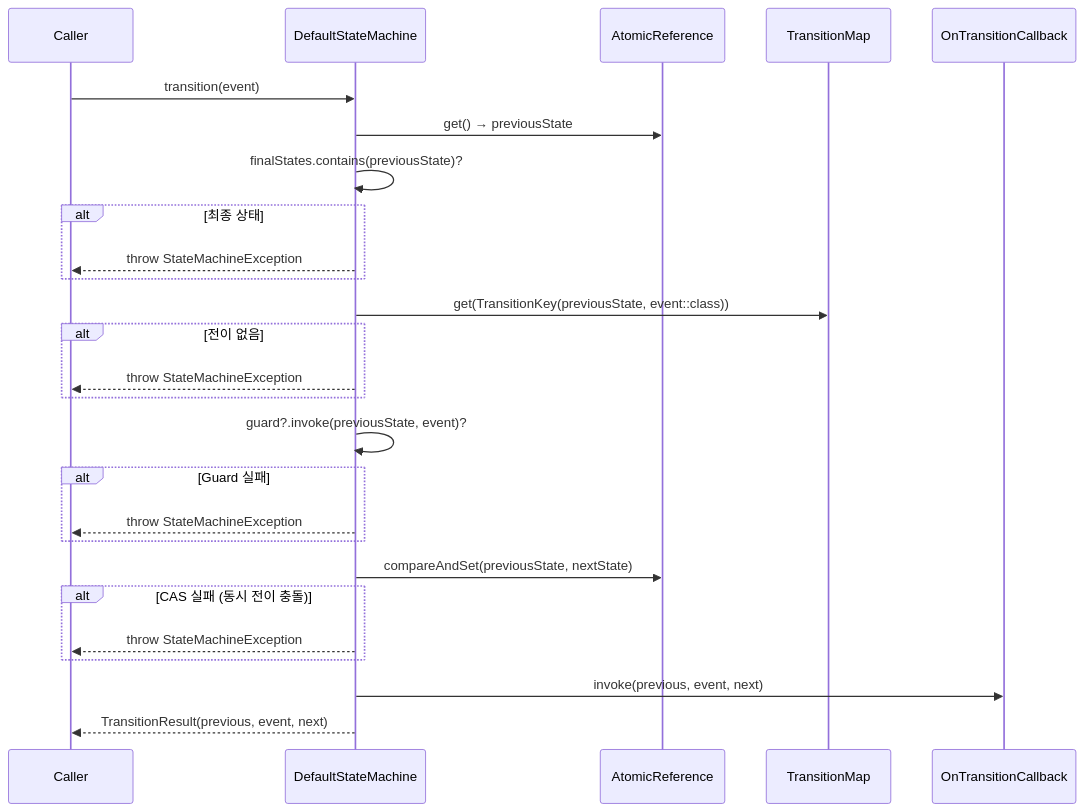
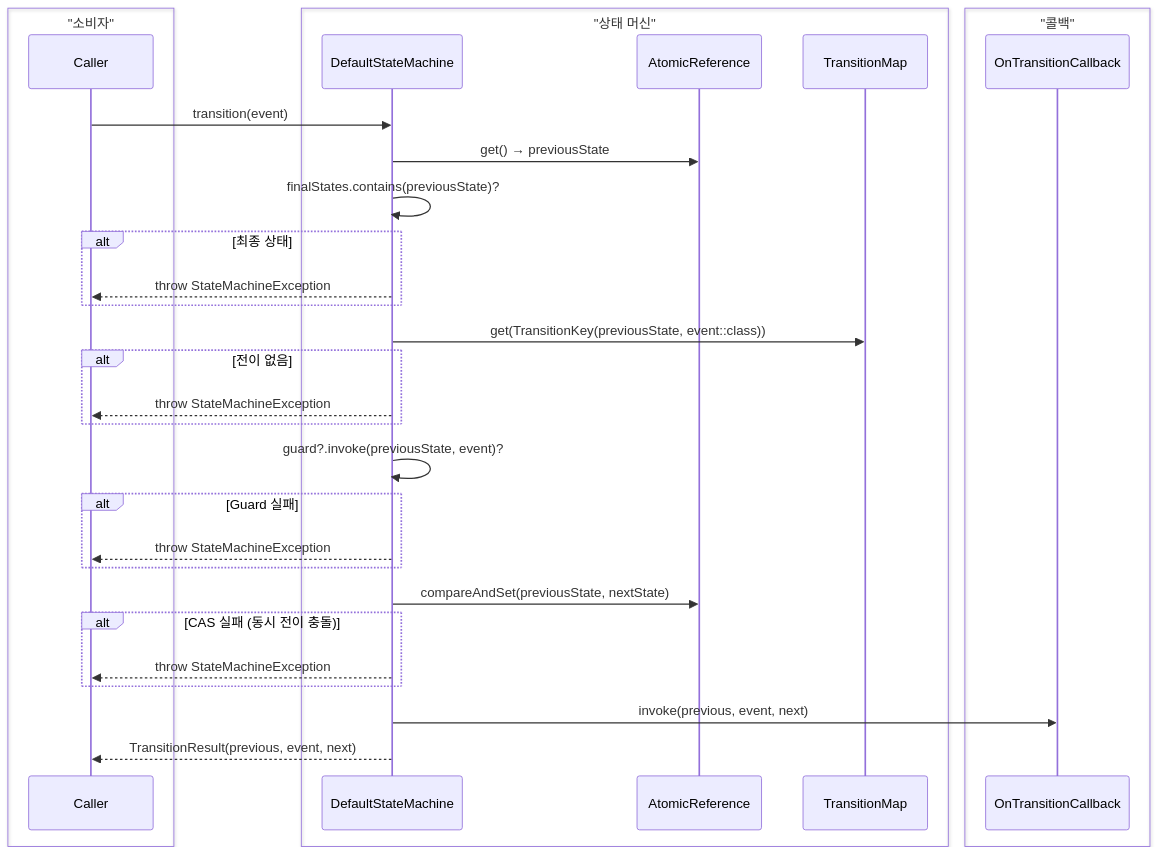
One commit to bluetape4k/bluetape4k-projects changed the seventh of 8 diagrams in utils/states/README.ko.md. Above: the diagram before and after it, drawn with Mermaid. The commit also changed other lines of this file and 221 other files, not shown here.

First line of the commit message:
docs: 전체 모듈 README UML 다이어그램 보강 및 색상 업그레이드

````diff
--- a/utils/states/README.ko.md
+++ b/utils/states/README.ko.md
@@ -289,29 +318,35 @@
 ```mermaid
 sequenceDiagram
+    box "소비자" #E8F5E9
     participant Caller
+    end
+    box "상태 머신" #E3F2FD
     participant DefaultStateMachine
     participant AtomicReference
     participant TransitionMap
+    end
+    box "콜백" #FFF3E0
     participant OnTransitionCallback
+    end
 
     Caller->>DefaultStateMachine: transition(event)
     DefaultStateMachine->>AtomicReference: get() → previousState
     DefaultStateMachine->>DefaultStateMachine: finalStates.contains(previousState)?
     alt 최종 상태
         DefaultStateMachine-->>Caller: throw StateMachineException
     end
     DefaultStateMachine->>TransitionMap: get(TransitionKey(previousState, event::class))
     alt 전이 없음
         DefaultStateMachine-->>Caller: throw StateMachineException
     end
     DefaultStateMachine->>DefaultStateMachine: guard?.invoke(previousState, event)?
     alt Guard 실패
         DefaultStateMachine-->>Caller: throw StateMachineException
     end
     DefaultStateMachine->>AtomicReference: compareAndSet(previousState, nextState)
     alt CAS 실패 (동시 전이 충돌)
         DefaultStateMachine-->>Caller: throw StateMachineException
     end
     DefaultStateMachine->>OnTransitionCallback: invoke(previous, event, next)
     DefaultStateMachine-->>Caller: TransitionResult(previous, event, next)
 ```
````
